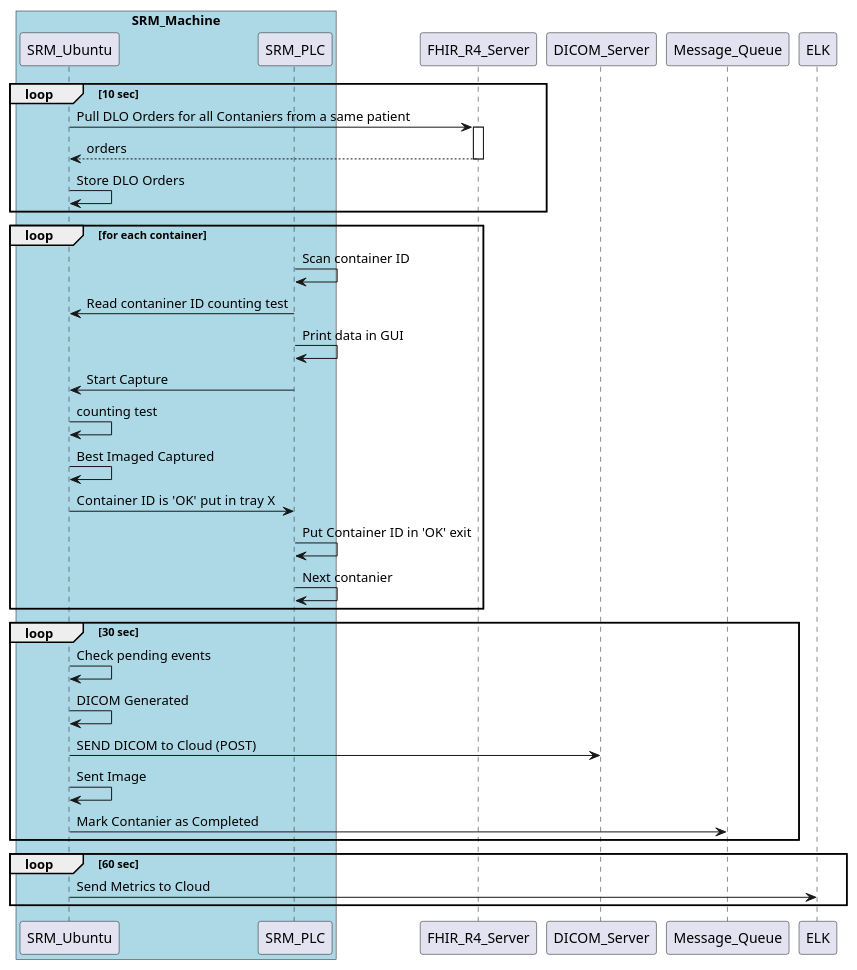
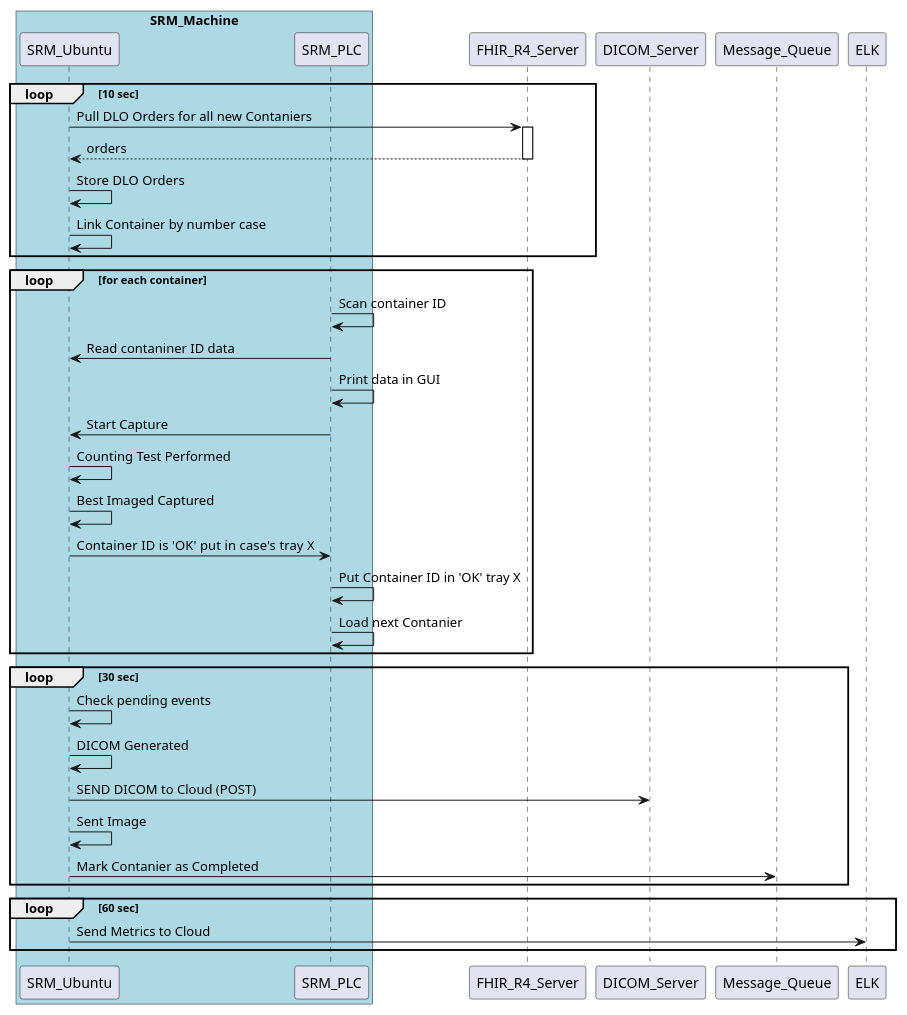
One commit to Qojgjg/playing-java-quarkus-mono changed the diagram in hapi-fhir/src/plantuml/SRM.puml. Above: the diagram before and after it, drawn with PlantUML. The commit also changed 4 other files, not shown here.

```diff
--- a/hapi-fhir/src/plantuml/SRM.puml
+++ b/hapi-fhir/src/plantuml/SRM.puml
@@ -1,34 +1,35 @@
 @startuml Test Diagram
 
 box "SRM_Machine" #LightBlue
 participant SRM_Ubuntu
 participant SRM_PLC
 end box
 
 loop 10 sec
-    SRM_Ubuntu->FHIR_R4_Server ++: Pull DLO Orders for all Contaniers from a same patient
+    SRM_Ubuntu->FHIR_R4_Server ++: Pull DLO Orders for all new Contaniers
     return orders
     SRM_Ubuntu->SRM_Ubuntu: Store DLO Orders
+    SRM_Ubuntu->SRM_Ubuntu: Link Container by number case
 end
 loop for each container 
 SRM_PLC->SRM_PLC: Scan container ID
-SRM_PLC->SRM_Ubuntu: Read contaniner ID counting test
+SRM_PLC->SRM_Ubuntu: Read contaniner ID data
 SRM_PLC->SRM_PLC: Print data in GUI
 SRM_PLC->SRM_Ubuntu: Start Capture
-SRM_Ubuntu->SRM_Ubuntu: counting test
+SRM_Ubuntu->SRM_Ubuntu: Counting Test Performed
 SRM_Ubuntu->SRM_Ubuntu: Best Imaged Captured
-SRM_Ubuntu->SRM_PLC: Container ID is 'OK'  put in tray X
-SRM_PLC->SRM_PLC :Put Container ID in 'OK' exit 
-SRM_PLC->SRM_PLC: Next contanier
+SRM_Ubuntu->SRM_PLC: Container ID is 'OK'  put in case's tray X
+SRM_PLC->SRM_PLC :Put Container ID in 'OK' tray X 
+SRM_PLC->SRM_PLC: Load next Contanier
 end
 loop 30 sec
     SRM_Ubuntu->SRM_Ubuntu: Check pending events  
     SRM_Ubuntu->SRM_Ubuntu: DICOM Generated
     SRM_Ubuntu->DICOM_Server: SEND DICOM to Cloud (POST)
     SRM_Ubuntu->SRM_Ubuntu: Sent Image
     SRM_Ubuntu->Message_Queue: Mark Contanier as Completed
 end 
 loop 60 sec
     SRM_Ubuntu->ELK: Send Metrics to Cloud
 end 
 @enduml
```
